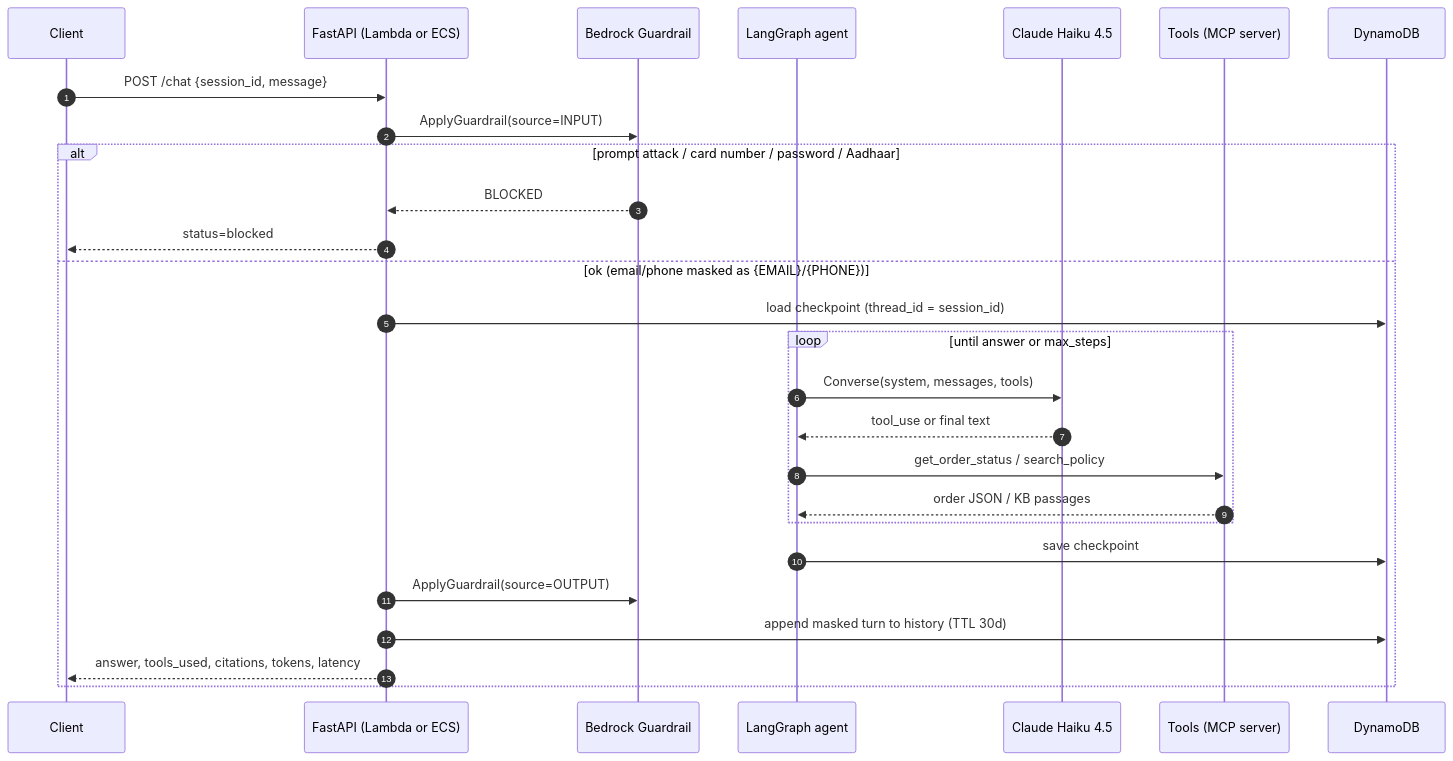
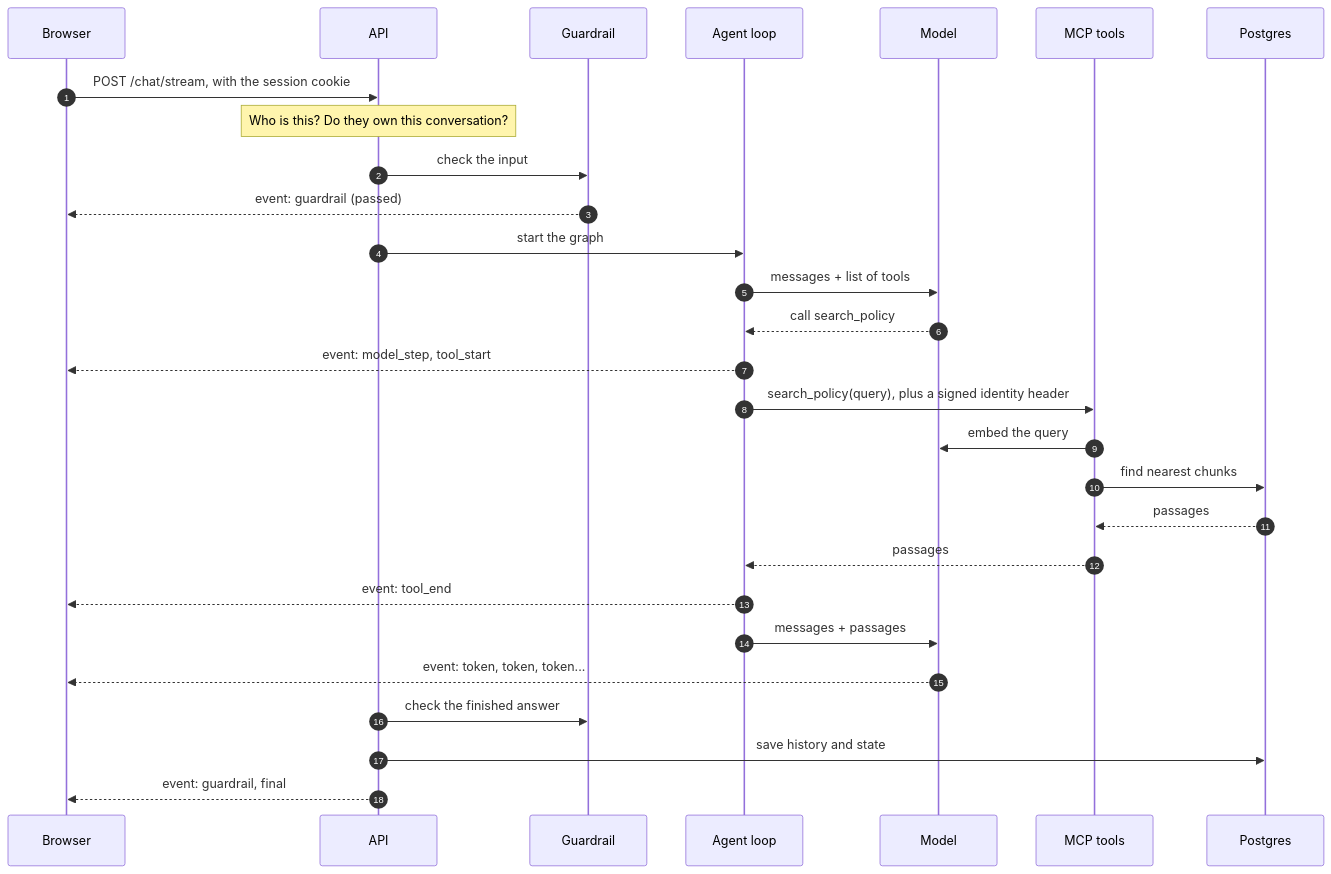
The third of 7 diagrams in docs/architecture.md (RVicky172/ShopHelper-AI-Agent), drawn with Mermaid before and after one commit. The commit also changed other lines of this file and 194 other files, not shown here.

````diff
--- a/docs/architecture.md
+++ b/docs/architecture.md
@@ -5,30 +61,31 @@
 ```mermaid
 sequenceDiagram
     autonumber
-    participant C as Client
-    participant A as FastAPI (Lambda or ECS)
-    participant G as Bedrock Guardrail
-    participant L as LangGraph agent
-    participant M as Claude Haiku 4.5
-    participant T as Tools (MCP server)
-    participant D as DynamoDB
+    participant B as Browser
+    participant A as API
+    participant G as Guardrail
+    participant L as Agent loop
+    participant M as Model
+    participant T as MCP tools
+    participant D as Postgres
 
-    C->>A: POST /chat {session_id, message}
-    A->>G: ApplyGuardrail(source=INPUT)
-    alt prompt attack / card number / password / Aadhaar
-        G-->>A: BLOCKED
-        A-->>C: status=blocked
-    else ok (email/phone masked as {EMAIL}/{PHONE})
-        A->>D: load checkpoint (thread_id = session_id)
-        loop until answer or max_steps
-            L->>M: Converse(system, messages, tools)
-            M-->>L: tool_use or final text
-            L->>T: get_order_status / search_policy
-            T-->>L: order JSON / KB passages
-        end
-        L->>D: save checkpoint
-        A->>G: ApplyGuardrail(source=OUTPUT)
-        A->>D: append masked turn to history (TTL 30d)
-        A-->>C: answer, tools_used, citations, tokens, latency
-    end
+    B->>A: POST /chat/stream, with the session cookie
+    Note over A: Who is this? Do they own this conversation?
+    A->>G: check the input
+    G-->>B: event: guardrail (passed)
+    A->>L: start the graph
+    L->>M: messages + list of tools
+    M-->>L: call search_policy
+    L-->>B: event: model_step, tool_start
+    L->>T: search_policy(query), plus a signed identity header
+    T->>M: embed the query
+    T->>D: find nearest chunks
+    D-->>T: passages
+    T-->>L: passages
+    L-->>B: event: tool_end
+    L->>M: messages + passages
+    M-->>B: event: token, token, token...
+    A->>G: check the finished answer
+    A->>D: save history and state
+    A-->>B: event: guardrail, final
 ```
````
